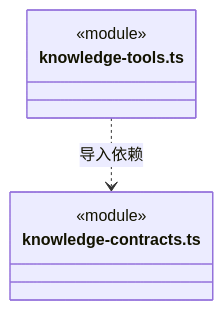
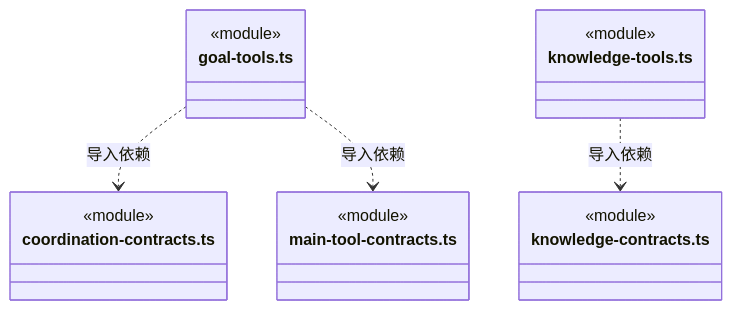
Before and after one commit to nan023062/cbim: diagram 19 of 20 in src/backend/scheduler-engine/tools/ARCHITECTURE.md, drawn with Mermaid. The commit also changed other lines of this file and 44 other files, not shown here.

````diff
--- a/src/backend/scheduler-engine/tools/ARCHITECTURE.md
+++ b/src/backend/scheduler-engine/tools/ARCHITECTURE.md
@@ -371,10 +425,21 @@
 ```mermaid
 classDiagram
+class N_src_backend_scheduler_engine_tools_goal_tools_ts["goal-tools.ts"] {
+  <<module>>
+}
+class N_src_backend_scheduler_engine_tools_coordination_contracts_ts["coordination-contracts.ts"] {
+  <<module>>
+}
+class N_src_backend_scheduler_engine_tools_main_tool_contracts_ts["main-tool-contracts.ts"] {
+  <<module>>
+}
 class N_src_backend_scheduler_engine_tools_knowledge_tools_ts["knowledge-tools.ts"] {
   <<module>>
 }
 class N_src_backend_scheduler_engine_tools_knowledge_contracts_ts["knowledge-contracts.ts"] {
   <<module>>
 }
+N_src_backend_scheduler_engine_tools_goal_tools_ts ..> N_src_backend_scheduler_engine_tools_coordination_contracts_ts : 导入依赖
+N_src_backend_scheduler_engine_tools_goal_tools_ts ..> N_src_backend_scheduler_engine_tools_main_tool_contracts_ts : 导入依赖
 N_src_backend_scheduler_engine_tools_knowledge_tools_ts ..> N_src_backend_scheduler_engine_tools_knowledge_contracts_ts : 导入依赖
 ```
````
